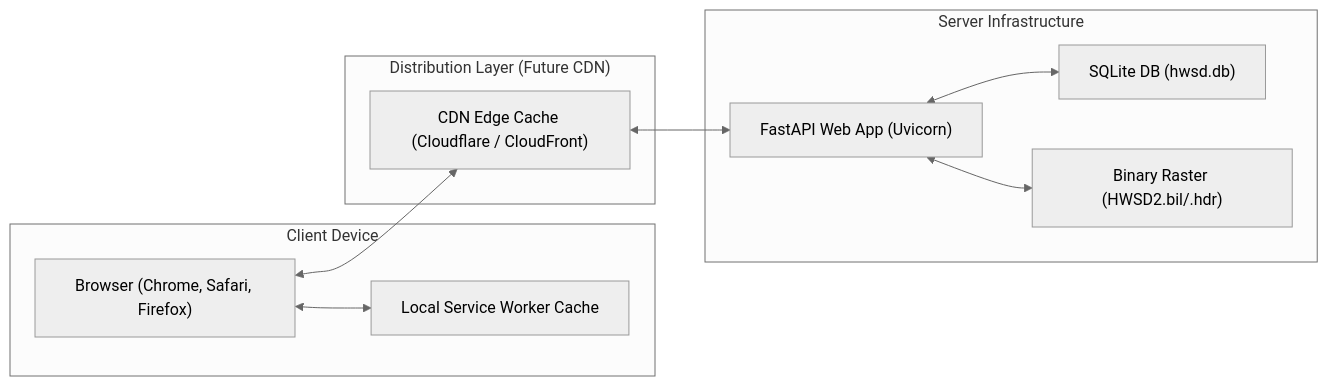
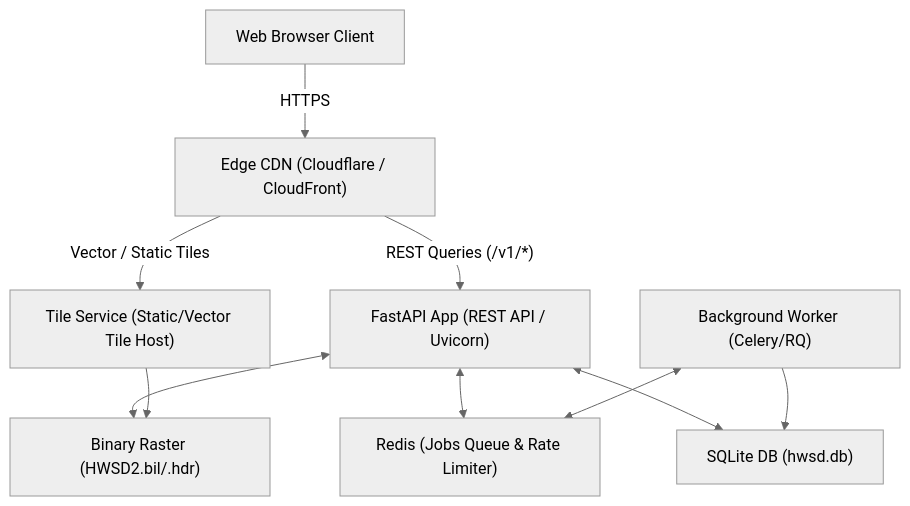
One commit to IRushee/global-soil-explorer changed the third of 5 diagrams in docs/architecture/system-blueprint.md. Above: the diagram before and after it, drawn with Mermaid (neutral theme). The commit also changed other lines of this file and 1 other file, not shown here.

Commit message:
Finalize refined System Blueprint and create docs/architecture/README.md master index

````diff
--- a/docs/architecture/system-blueprint.md
+++ b/docs/architecture/system-blueprint.md
@@ -130,23 +184,21 @@
 ```mermaid
-graph LR
-    subgraph Client ["Client Device"]
-        B["Browser (Chrome, Safari, Firefox)"]
-        TC["Local Service Worker Cache"]
-    end
+graph TD
+    Browser["Web Browser Client"]
+    CDN["Edge CDN (Cloudflare / CloudFront)"]
+    TS["Tile Service (Static/Vector Tile Host)"]
+    FastAPI["FastAPI App (REST API / Uvicorn)"]
+    Worker["Background Worker (Celery/RQ)"]
+    Redis["Redis (Jobs Queue & Rate Limiter)"]
+    DB["SQLite DB (hwsd.db)"]
+    Raster["Binary Raster (HWSD2.bil/.hdr)"]
 
-    subgraph Edge ["Distribution Layer (Future CDN)"]
-        CDN["CDN Edge Cache (Cloudflare / CloudFront)"]
-    end
-
-    subgraph AppServer ["Server Infrastructure"]
-        FastAPI["FastAPI Web App (Uvicorn)"]
-        DB["SQLite DB (hwsd.db)"]
-        Raster["Binary Raster (HWSD2.bil/.hdr)"]
-    end
-
-    B <--> TC
-    B <--> CDN
-    CDN <--> FastAPI
+    Browser -- "HTTPS" --> CDN
+    CDN -- "Vector / Static Tiles" --> TS
+    CDN -- "REST Queries (/v1/*)" --> FastAPI
+    FastAPI <--> Redis
+    Worker <--> Redis
     FastAPI <--> DB
     FastAPI <--> Raster
+    Worker --> DB
+    TS --> Raster
 ```
````
